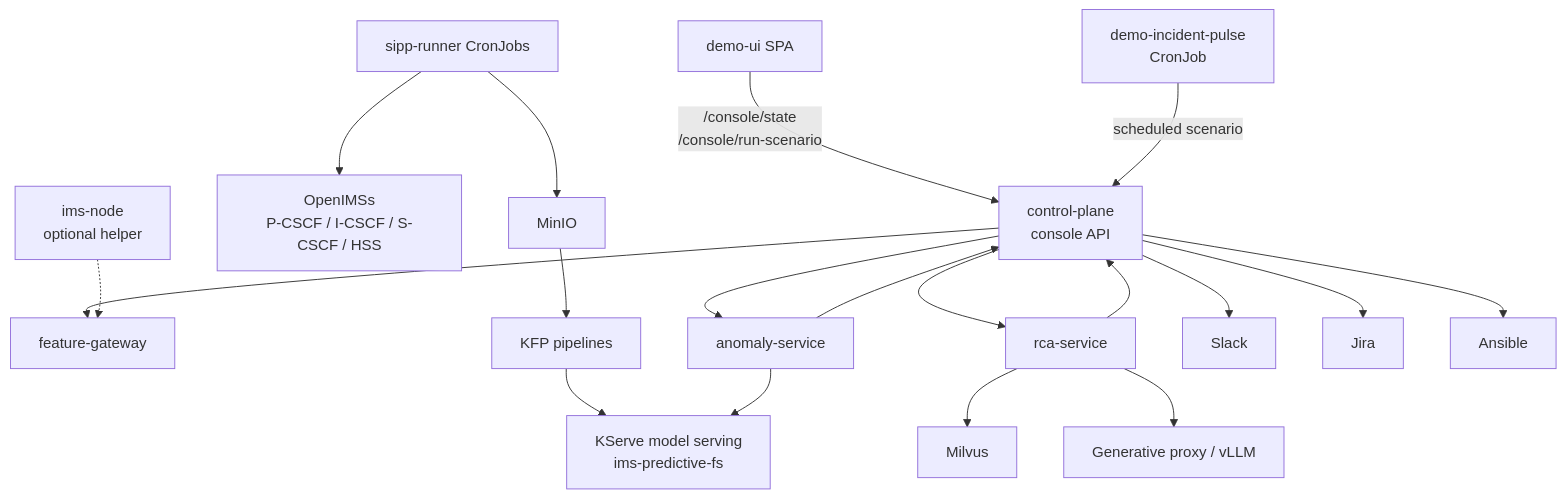
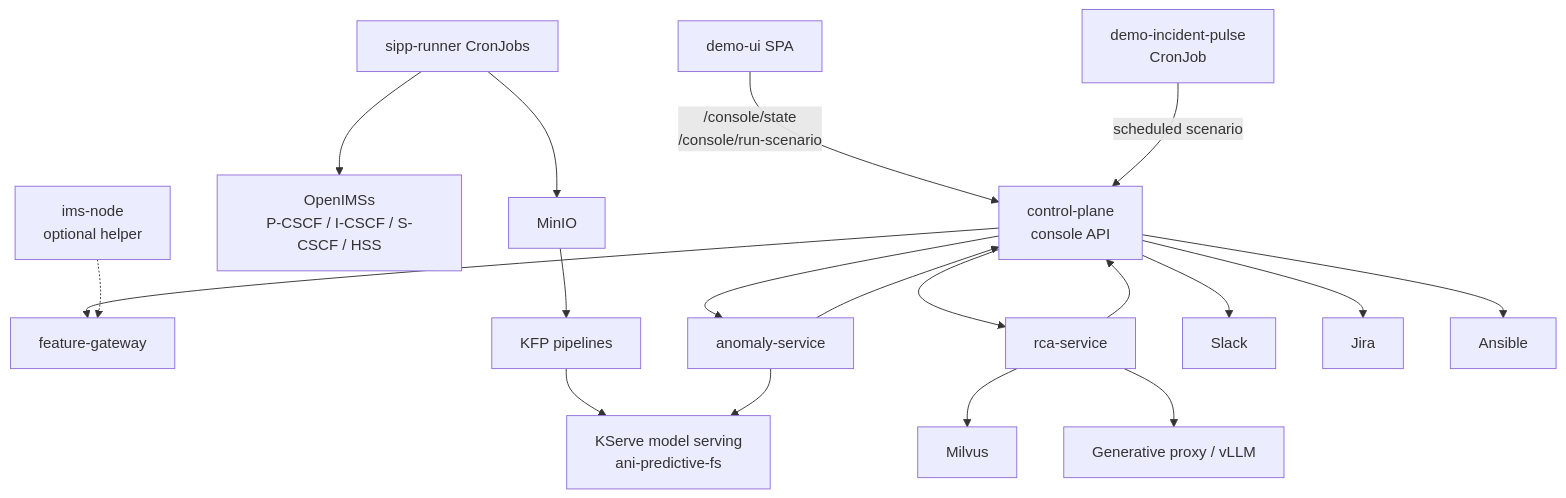
Before and after one commit to rh-telco-tigers/Autonomous-Network-Intelligence-Anomaly-Detection-with-Red-Hat-OpenShift-AI: the second of 6 diagrams in docs/architecture/engineering-spec.md, drawn with Mermaid. The commit also changed other lines of this file and 211 other files, not shown here.

First line of the commit message:
Rename platform prefixes from IMS to ANI.

````diff
--- a/docs/architecture/engineering-spec.md
+++ b/docs/architecture/engineering-spec.md
@@ -115,47 +115,47 @@
 ```mermaid
 flowchart TD
   UI["demo-ui SPA"]
   Pulse["demo-incident-pulse<br/>CronJob"]
   CP["control-plane<br/>console API"]
   FG["feature-gateway"]
   AN["anomaly-service"]
   RCA["rca-service"]
 
   SIPP["sipp-runner CronJobs"]
   IMS["OpenIMSs<br/>P-CSCF / I-CSCF / S-CSCF / HSS"]
   IMSNODE["ims-node<br/>optional helper"]
 
   MinIO["MinIO"]
   KFP["KFP pipelines"]
-  KServe["KServe model serving<br/>ims-predictive-fs"]
+  KServe["KServe model serving<br/>ani-predictive-fs"]
 
   Milvus["Milvus"]
   LLM["Generative proxy / vLLM"]
 
   Slack["Slack"]
   Jira["Jira"]
   Ansible["Ansible"]
 
   UI -->|/console/state<br/>/console/run-scenario| CP
   Pulse -->|scheduled scenario| CP
   CP --> FG
   CP --> AN
   CP --> RCA
 
   SIPP --> IMS
   IMSNODE -.-> FG
 
   SIPP --> MinIO
   MinIO --> KFP
   KFP --> KServe
   AN --> KServe
 
   AN --> CP
   RCA --> Milvus
   RCA --> LLM
   RCA --> CP
 
   CP --> Slack
   CP --> Jira
   CP --> Ansible
 ```
````
